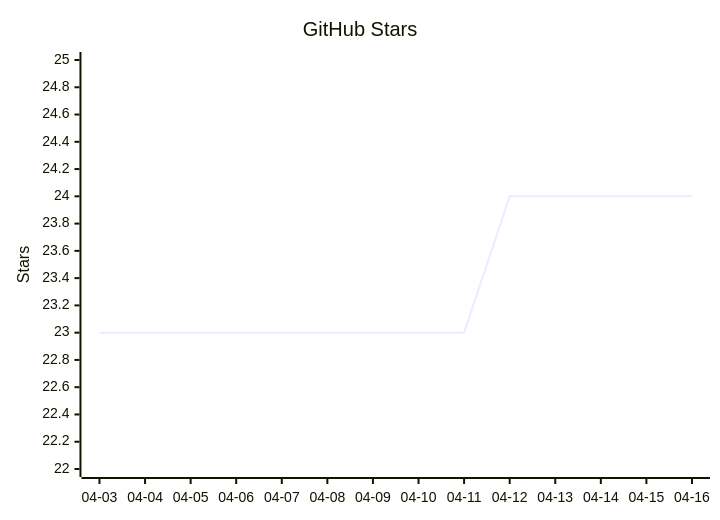
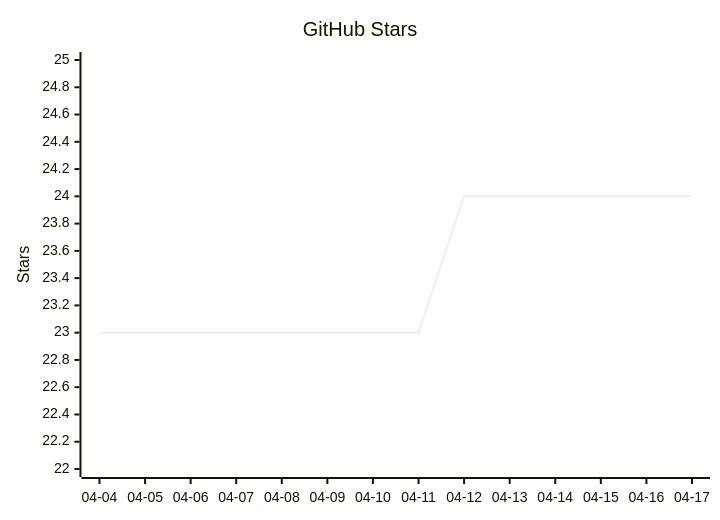
The diagram in README.mbt.md (vectie/moonclaw), drawn with Mermaid before and after one commit. The commit also changed other lines of this file and 1 other file, not shown here.

Commit message:
Update README star growth

````diff
--- a/README.mbt.md
+++ b/README.mbt.md
@@ -486,7 +486,7 @@
 ```mermaid
 xychart-beta
     title "GitHub Stars"
-    x-axis ["04-03","04-04","04-05","04-06","04-07","04-08","04-09","04-10","04-11","04-12","04-13","04-14","04-15","04-16"]
+    x-axis ["04-04","04-05","04-06","04-07","04-08","04-09","04-10","04-11","04-12","04-13","04-14","04-15","04-16","04-17"]
     y-axis "Stars" 22 --> 25
-    line [23,23,23,23,23,23,23,23,23,24,24,24,24,24]
+    line [23,23,23,23,23,23,23,23,24,24,24,24,24,24]
 ```
````
